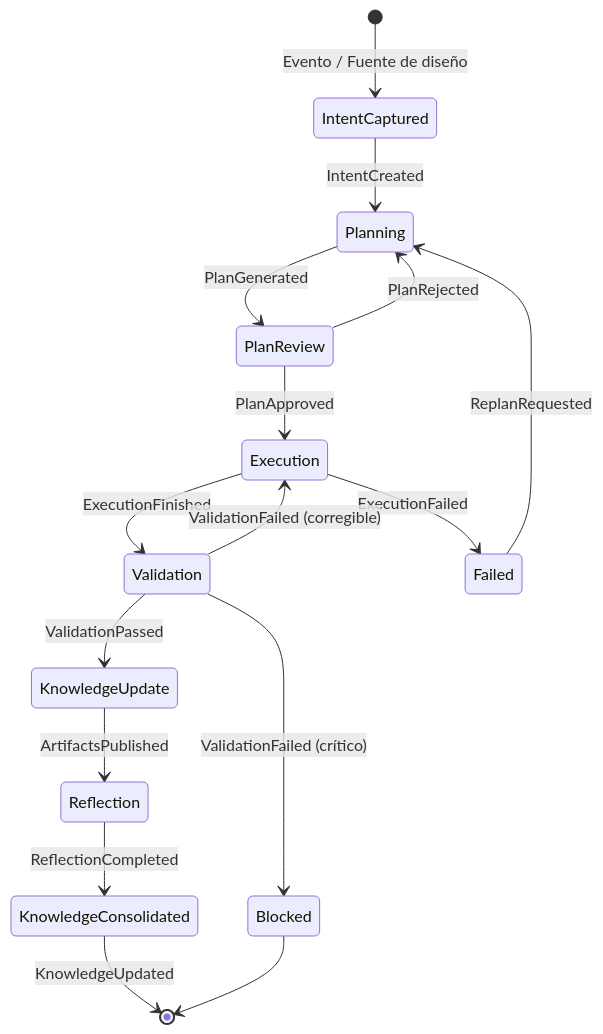
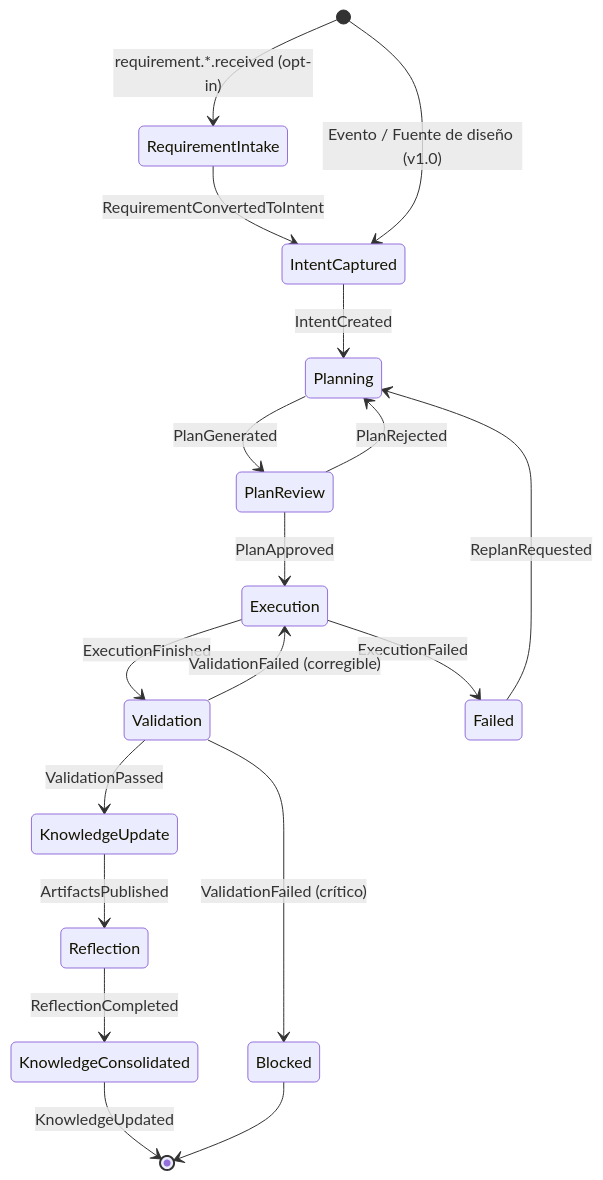
Before and after one commit to arodriguez-novusintelligence/NovusAIDevelopmentFramework: the third of 3 diagrams in docs/meta-model/meta-model-overview.md, drawn with Mermaid. The commit also changed other lines of this file and 261 other files, not shown here.

````diff
--- a/docs/meta-model/meta-model-overview.md
+++ b/docs/meta-model/meta-model-overview.md
@@ -183,18 +187,20 @@
 ```mermaid
 stateDiagram-v2
-    [*] --> IntentCaptured: Evento / Fuente de diseño
+    [*] --> RequirementIntake: requirement.*.received (opt-in)
+    RequirementIntake --> IntentCaptured: RequirementConvertedToIntent
+    [*] --> IntentCaptured: Evento / Fuente de diseño (v1.0)
     IntentCaptured --> Planning: IntentCreated
     Planning --> PlanReview: PlanGenerated
     PlanReview --> Execution: PlanApproved
     PlanReview --> Planning: PlanRejected
     Execution --> Validation: ExecutionFinished
     Execution --> Failed: ExecutionFailed
     Failed --> Planning: ReplanRequested
     Validation --> KnowledgeUpdate: ValidationPassed
     Validation --> Execution: ValidationFailed (corregible)
     Validation --> Blocked: ValidationFailed (crítico)
     KnowledgeUpdate --> Reflection: ArtifactsPublished
     Reflection --> KnowledgeConsolidated: ReflectionCompleted
     KnowledgeConsolidated --> [*]: KnowledgeUpdated
     Blocked --> [*]
 ```
````
